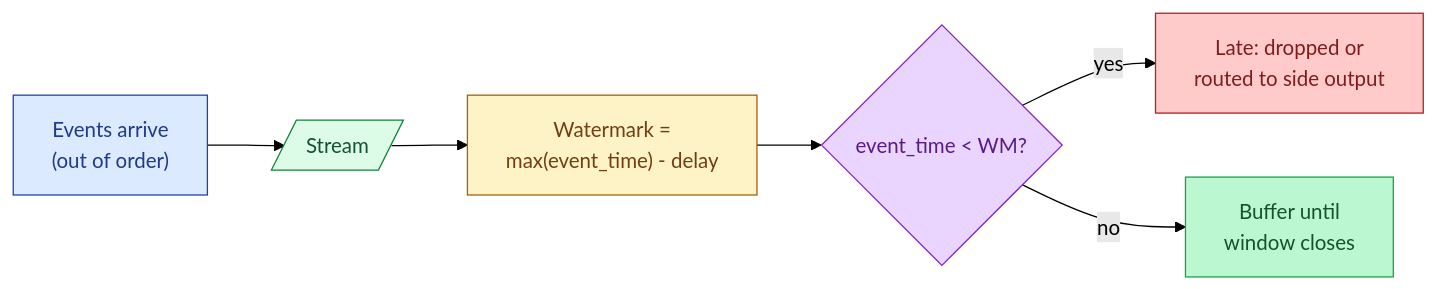
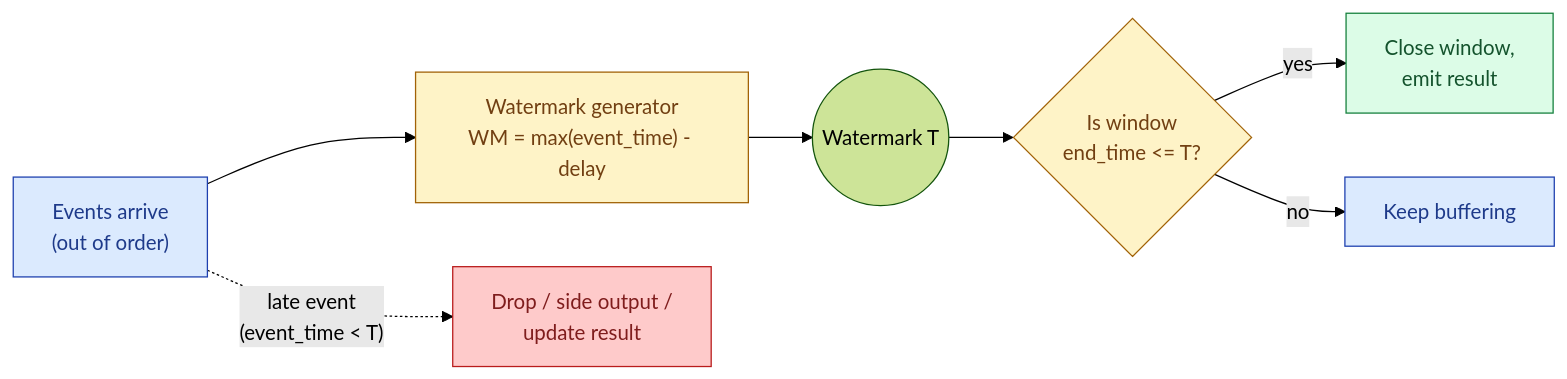
The first of 4 diagrams in _de_concepts/033-watermarks.md (shiningflash/shiningflash.github.io), drawn with Mermaid (forest theme) before and after one commit. The commit also changed other lines of this file and 69 other files, not shown here.

````diff
--- a/_de_concepts/033-watermarks.md
+++ b/_de_concepts/033-watermarks.md
@@ -12,15 +20,15 @@
 ```mermaid
 flowchart LR
-    Events["Events arrive<br/>(out of order)"]:::e --> Stream[/"Stream"/]:::p
-    Stream --> WM["Watermark =<br/>max(event_time) - delay"]:::w
-    WM --> Decide{"event_time < WM?"}:::q
-    Decide -->|"yes"| Late["Late: dropped or<br/>routed to side output"]:::r
-    Decide -->|"no"| Buffer["Buffer until<br/>window closes"]:::g
+    Events["Events arrive<br/>(out of order)"]:::a --> WMG["Watermark generator<br/>WM = max(event_time) - delay"]:::y
+    WMG --> WM(("Watermark T"))
+    WM --> Q{"Is window<br/>end_time <= T?"}:::y
+    Q -->|"yes"| Close["Close window,<br/>emit result"]:::g
+    Q -->|"no"| Wait["Keep buffering"]:::b
+    Events -.->|"late event<br/>(event_time < T)"| Late["Drop / side output /<br/>update result"]:::r
 
-    classDef e fill:#dbeafe,stroke:#1e40af,color:#1e3a8a
-    classDef p fill:#dcfce7,stroke:#15803d,color:#14532d
-    classDef w fill:#fef3c7,stroke:#a16207,color:#713f12
-    classDef q fill:#e9d5ff,stroke:#7e22ce,color:#581c87
+    classDef a fill:#dbeafe,stroke:#1e40af,color:#1e3a8a
+    classDef b fill:#dbeafe,stroke:#1e40af,color:#1e3a8a
+    classDef y fill:#fef3c7,stroke:#a16207,color:#713f12
+    classDef g fill:#dcfce7,stroke:#15803d,color:#14532d
     classDef r fill:#fecaca,stroke:#b91c1c,color:#7f1d1d
-    classDef g fill:#bbf7d0,stroke:#16a34a,color:#14532d
 ```
````
